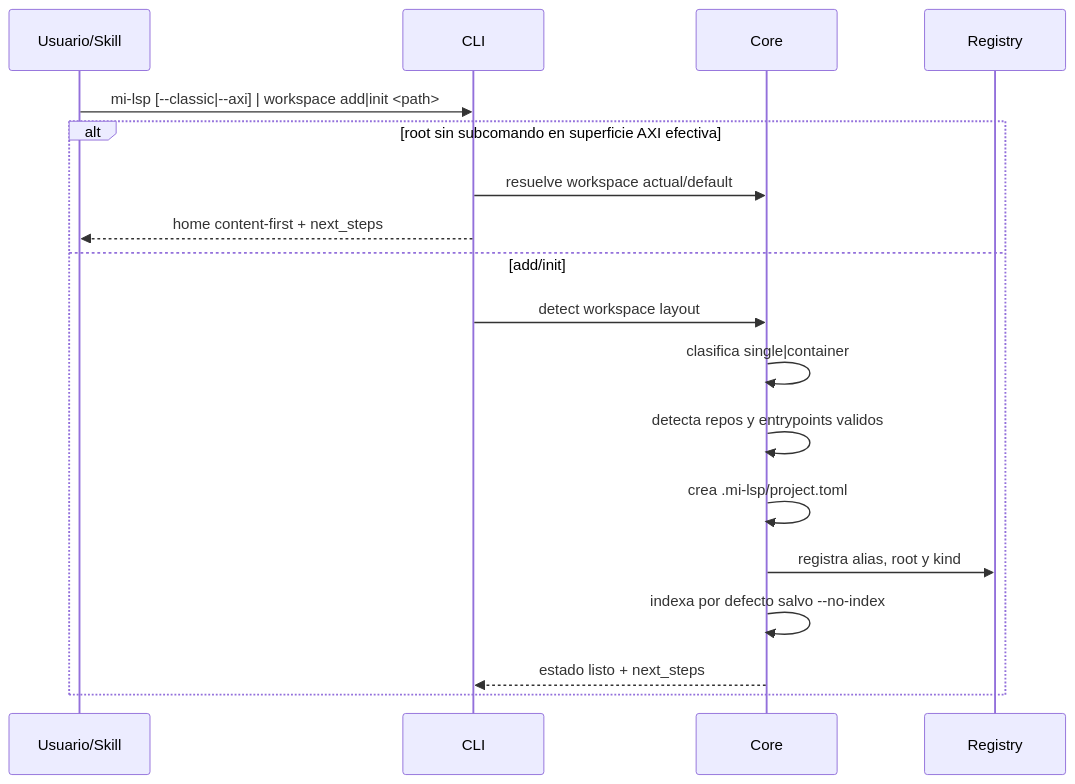
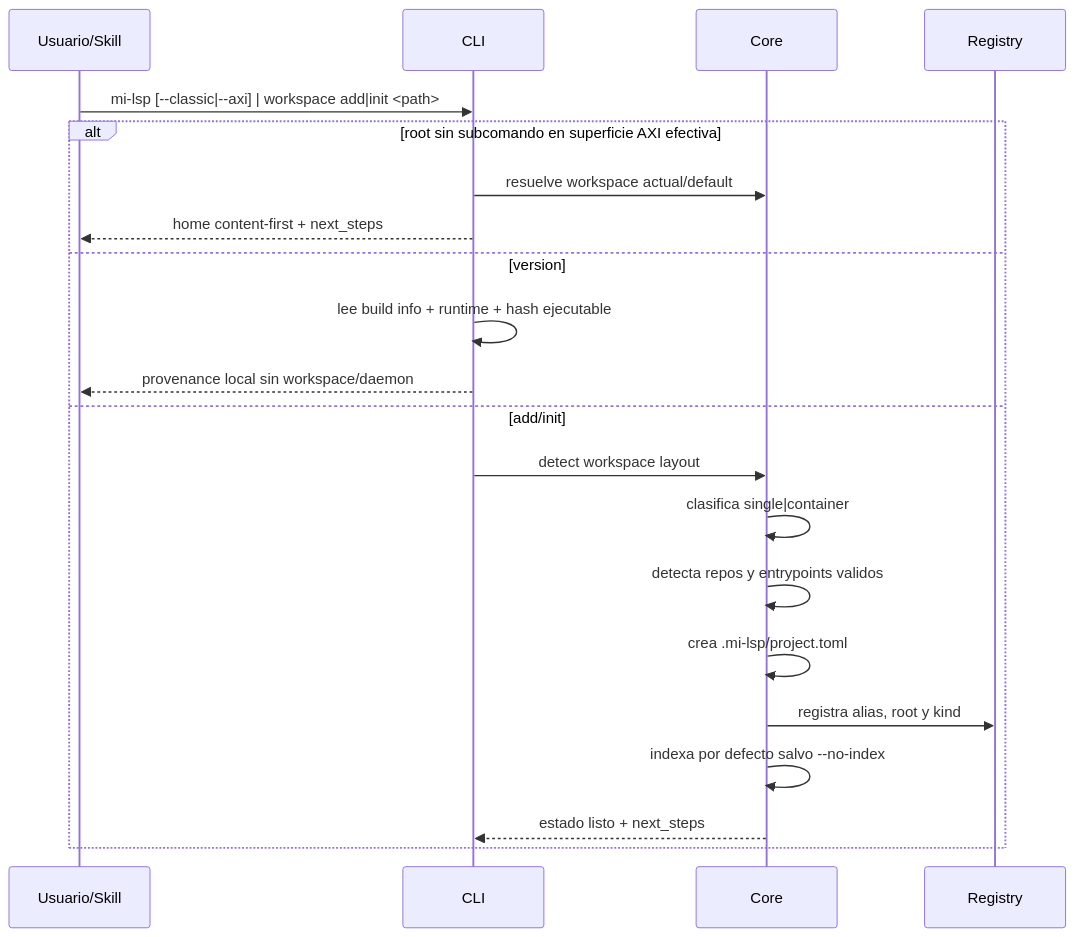
The diagram in .docs/wiki/03_FL/FL-BOOT-01.md (fgpaz/mi-lsp), drawn with Mermaid before and after one commit. The commit also changed other lines of this file and 18 other files, not shown here.

Commit message:
feat(cli): add version provenance command

````diff
--- a/.docs/wiki/03_FL/FL-BOOT-01.md
+++ b/.docs/wiki/03_FL/FL-BOOT-01.md
@@ -41,21 +41,24 @@
 ```mermaid
 sequenceDiagram
     participant U as Usuario/Skill
     participant CLI as CLI
     participant C as Core
     participant R as Registry
 
     U->>CLI: mi-lsp [--classic|--axi] | workspace add|init <path>
     alt root sin subcomando en superficie AXI efectiva
         CLI->>C: resuelve workspace actual/default
         CLI-->>U: home content-first + next_steps
+    else version
+        CLI->>CLI: lee build info + runtime + hash ejecutable
+        CLI-->>U: provenance local sin workspace/daemon
     else add/init
         CLI->>C: detect workspace layout
         C->>C: clasifica single|container
         C->>C: detecta repos y entrypoints validos
         C->>C: crea .mi-lsp/project.toml
         C->>R: registra alias, root y kind
         C->>C: indexa por defecto salvo --no-index
         C-->>CLI: estado listo + next_steps
     end
 ```
````
